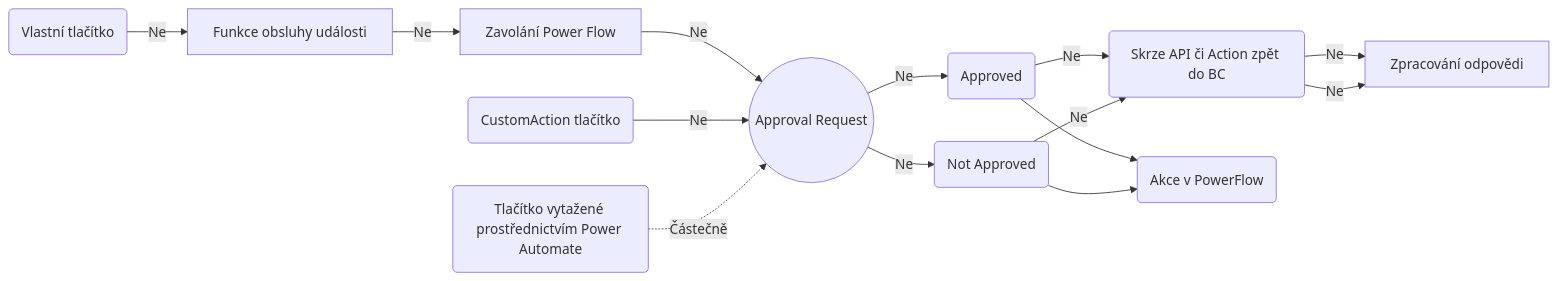
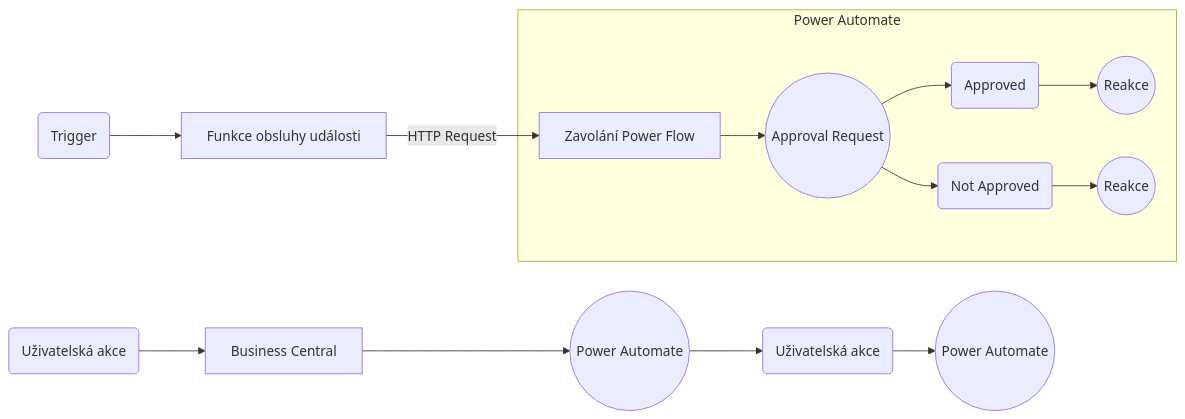
Before and after one commit to Pklimki/NVR: the diagram in Approvals/Jak to funguje.md, drawn with Mermaid.

Commit message:
Update Jak to funguje.md

````diff
--- a/Approvals/Jak to funguje.md
+++ b/Approvals/Jak to funguje.md
@@ -1,14 +1,14 @@
 ```mermaid
 graph LR
-A(Vlastní tlačítko) --Ne--> B[Funkce obsluhy události] -- Ne --> C[Zavolání Power Flow] -- Ne --> D((Approval Request))
-D -- Ne --> E(Approved) -- Ne --> G(Skrze API či Action zpět do BC) -- Ne --> H[Zpracování odpovědi]
-D -- Ne --> F(Not Approved) -- Ne --> G -- Ne --> H
-E --> K(Akce v PowerFlow)
-F --> K
-
-I(CustomAction tlačítko) -- Ne --> D
-
-J(Tlačítko vytažené prostřednictvím Power Automate) -. Částečně .-> D
 
 
+subgraph ide1 [Power Automate]
+C[Zavolání Power Flow]  --> D((Approval Request))
+D --> E(Approved) --> G((Reakce))
+D --> F(Not Approved) --> H((Reakce))
+end
+
+A(Trigger) --> B[Funkce obsluhy události] -- HTTP Request --> C
+
+I(Uživatelská akce) --> J[Business Central] --> K((Power Automate)) --> L(Uživatelská akce) --> M((Power Automate))
 ```
````
